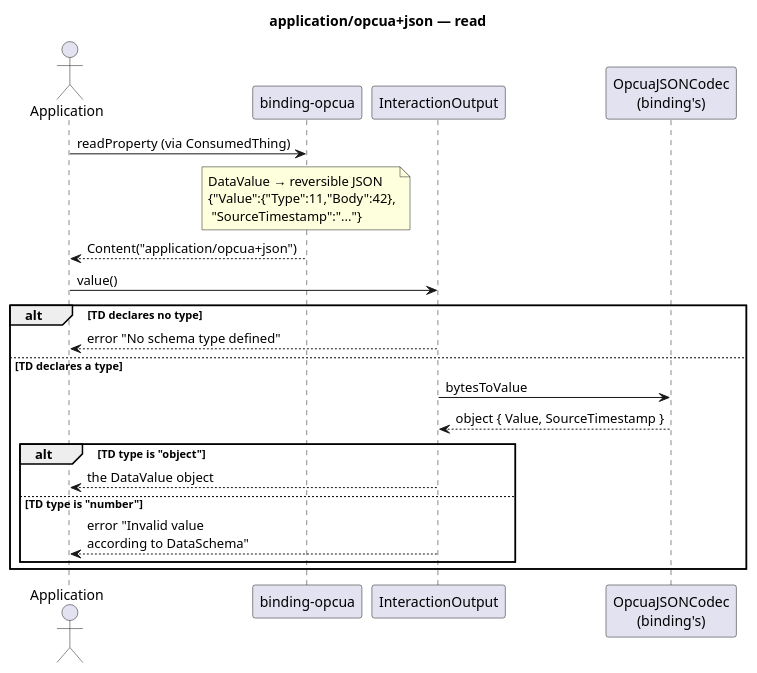
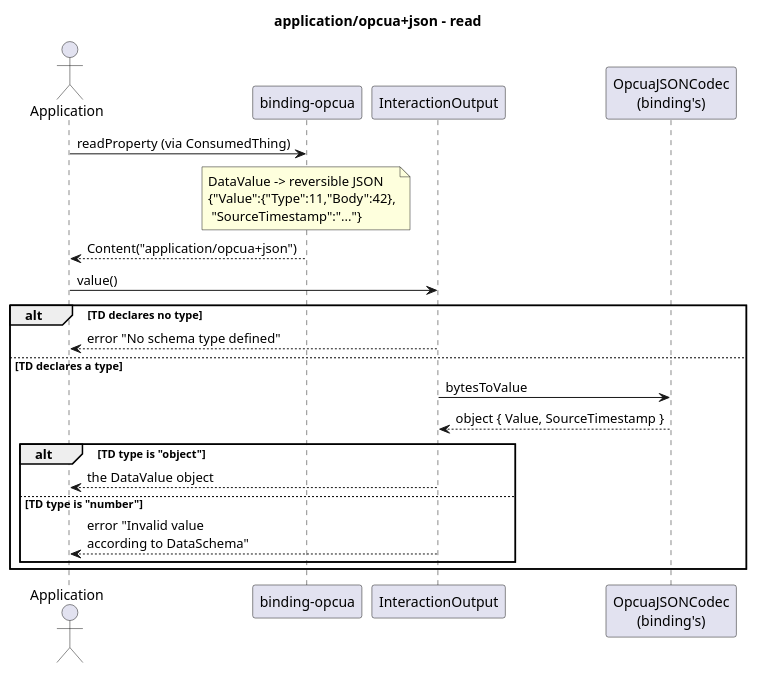
The diagram in packages/binding-opcua/doc/diagrams/read-opcua-json.puml (eclipse-thingweb/node-wot), drawn with PlantUML before and after one commit. The commit also changed 8 other files, not shown here.

First line of the commit message:
feat(binding-opcua): support the OPC UA 1.05 JSON encoding

```diff
--- a/packages/binding-opcua/doc/diagrams/read-opcua-json.puml
+++ b/packages/binding-opcua/doc/diagrams/read-opcua-json.puml
@@ -1,22 +1,22 @@
 @startuml
-title application/opcua+json — read
+title application/opcua+json - read
 actor Application as App
 participant "binding-opcua" as B
 participant InteractionOutput as IO
 participant "OpcuaJSONCodec\n(binding's)" as OJ
 App -> B : readProperty (via ConsumedThing)
-note over B : DataValue → reversible JSON\n{"Value":{"Type":11,"Body":42},\n "SourceTimestamp":"..."}
+note over B : DataValue -> reversible JSON\n{"Value":{"Type":11,"Body":42},\n "SourceTimestamp":"..."}
 B --> App : Content("application/opcua+json")
 App -> IO : value()
 alt TD declares no type
   IO --> App : error "No schema type defined"
 else TD declares a type
   IO -> OJ : bytesToValue
   OJ --> IO : object { Value, SourceTimestamp }
   alt TD type is "object"
     IO --> App : the DataValue object
   else TD type is "number"
     IO --> App : error "Invalid value\naccording to DataSchema"
   end
 end
 @enduml
```
